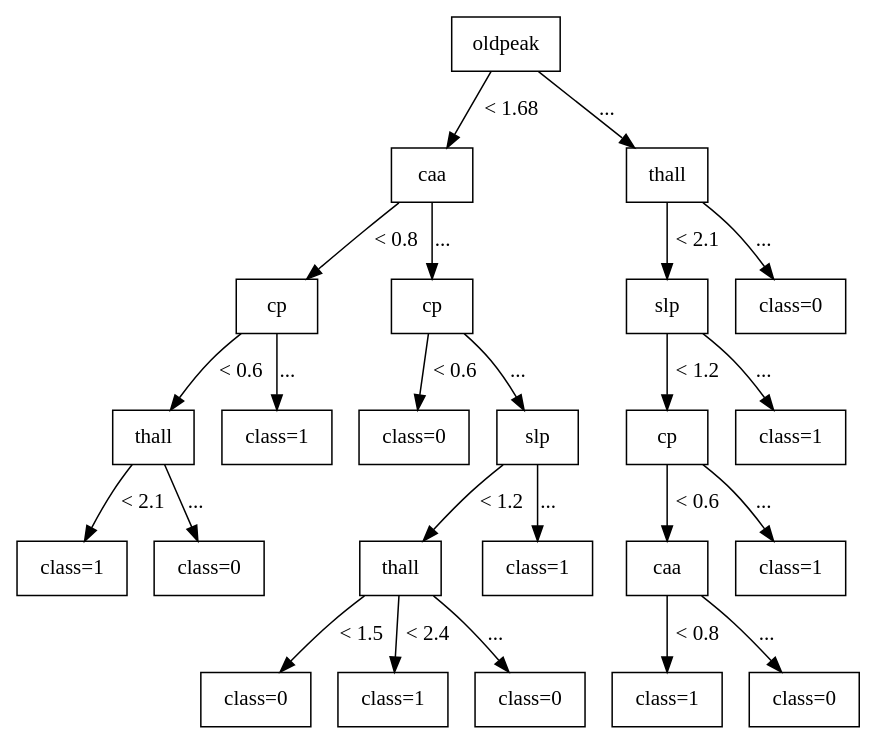
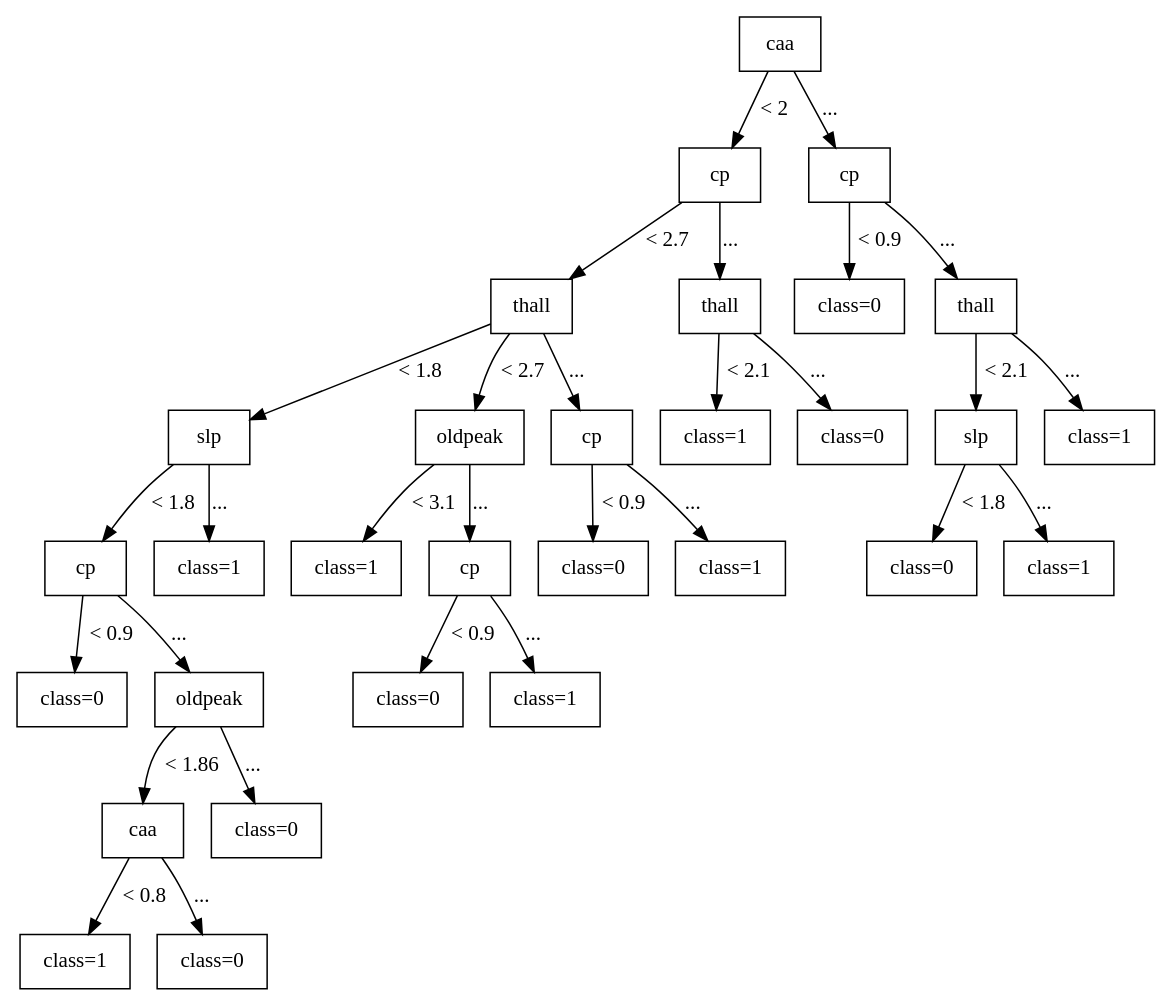
One commit to TakuyaMitarai/NSSESAT_Visualizer changed the diagram in NSSESAT_backend/new_tree.dot. Above: the diagram before and after it, drawn with Graphviz. The commit also changed 9 other files, not shown here.

```diff
--- a/NSSESAT_backend/new_tree.dot
+++ b/NSSESAT_backend/new_tree.dot
@@ -1,63 +1,79 @@
 digraph G {
 node [shape=box];
 node [style=filled, fillcolor=white];
 
-0 [label="oldpeak"];
+0 [label="caa"];
 
-1 [label="caa"];
-15 [label="thall"];
+1 [label="cp"];
+23 [label="cp"];
 
-0 -> 1 [label="< 1.68"];
-0 -> 15 [label="..."];
+0 -> 1 [label="< 2"];
+0 -> 23 [label="..."];
 
-2 [label="cp"];
-7 [label="cp"];
-16 [label="slp"];
-23 [label="class=0"];
+2 [label="thall"];
+20 [label="thall"];
+24 [label="class=0"];
+25 [label="thall"];
 
-1 -> 2 [label="< 0.8"];
-1 -> 7 [label="..."];
-15 -> 16 [label="< 2.1"];
-15 -> 23 [label="..."];
+1 -> 2 [label="< 2.7"];
+1 -> 20 [label="..."];
+23 -> 24 [label="< 0.9"];
+23 -> 25 [label="..."];
 
-3 [label="thall"];
-6 [label="class=1"];
-8 [label="class=0"];
-9 [label="slp"];
+3 [label="slp"];
+12 [label="oldpeak"];
 17 [label="cp"];
-22 [label="class=1"];
+21 [label="class=1"];
+22 [label="class=0"];
+26 [label="slp"];
+29 [label="class=1"];
 
-2 -> 3 [label="< 0.6"];
-2 -> 6 [label="..."];
-7 -> 8 [label="< 0.6"];
+2 -> 3 [label="< 1.8"];
+2 -> 12 [label="< 2.7"];
+2 -> 17 [label="..."];
+20 -> 21 [label="< 2.1"];
+20 -> 22 [label="..."];
+25 -> 26 [label="< 2.1"];
+25 -> 29 [label="..."];
+
+4 [label="cp"];
+11 [label="class=1"];
+13 [label="class=1"];
+14 [label="cp"];
+18 [label="class=0"];
+19 [label="class=1"];
+27 [label="class=0"];
+28 [label="class=1"];
+
+3 -> 4 [label="< 1.8"];
+3 -> 11 [label="..."];
+12 -> 13 [label="< 3.1"];
+12 -> 14 [label="..."];
+17 -> 18 [label="< 0.9"];
+17 -> 19 [label="..."];
+26 -> 27 [label="< 1.8"];
+26 -> 28 [label="..."];
+
+5 [label="class=0"];
+6 [label="oldpeak"];
+15 [label="class=0"];
+16 [label="class=1"];
+
+4 -> 5 [label="< 0.9"];
+4 -> 6 [label="..."];
+14 -> 15 [label="< 0.9"];
+14 -> 16 [label="..."];
+
+7 [label="caa"];
+10 [label="class=0"];
+
+6 -> 7 [label="< 1.86"];
+6 -> 10 [label="..."];
+
+8 [label="class=1"];
+9 [label="class=0"];
+
+7 -> 8 [label="< 0.8"];
 7 -> 9 [label="..."];
-16 -> 17 [label="< 1.2"];
-16 -> 22 [label="..."];
-
-4 [label="class=1"];
-5 [label="class=0"];
-10 [label="thall"];
-14 [label="class=1"];
-18 [label="caa"];
-21 [label="class=1"];
-
-3 -> 4 [label="< 2.1"];
-3 -> 5 [label="..."];
-9 -> 10 [label="< 1.2"];
-9 -> 14 [label="..."];
-17 -> 18 [label="< 0.6"];
-17 -> 21 [label="..."];
-
-11 [label="class=0"];
-12 [label="class=1"];
-13 [label="class=0"];
-19 [label="class=1"];
-20 [label="class=0"];
-
-10 -> 11 [label="< 1.5"];
-10 -> 12 [label="< 2.4"];
-10 -> 13 [label="..."];
-18 -> 19 [label="< 0.8"];
-18 -> 20 [label="..."];
 
 }
```
